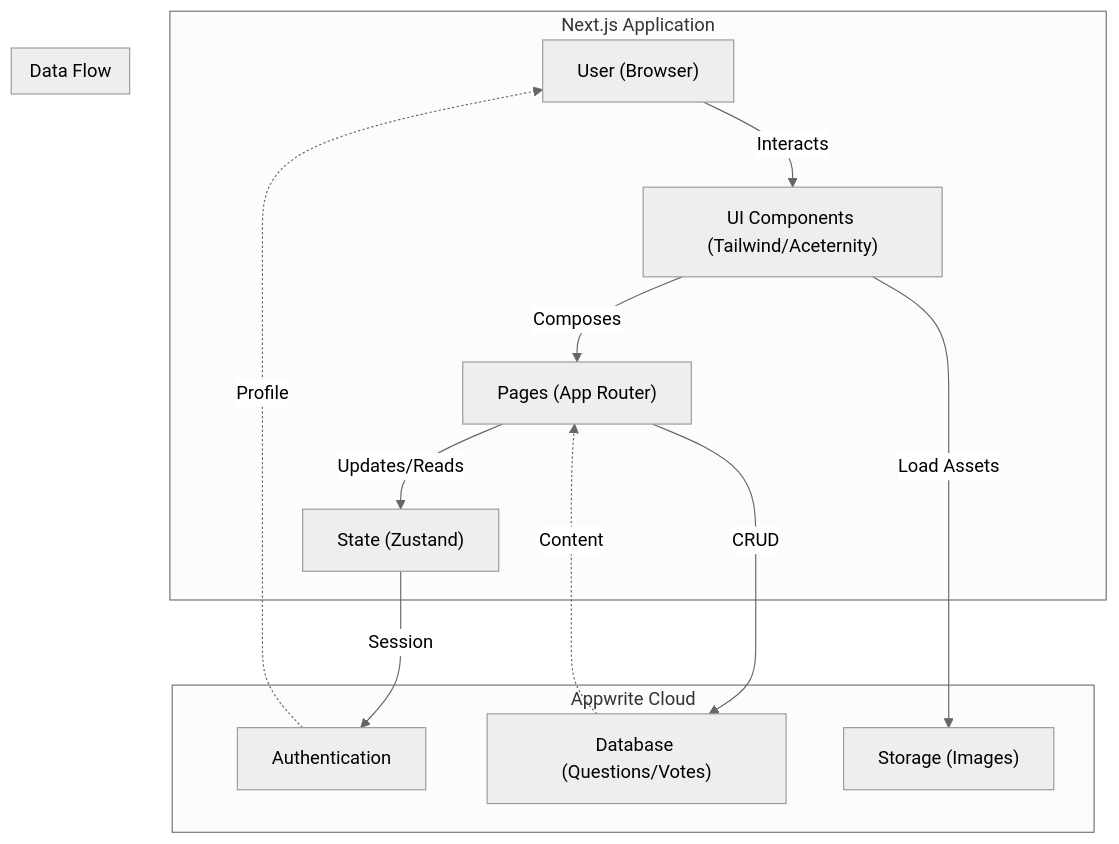
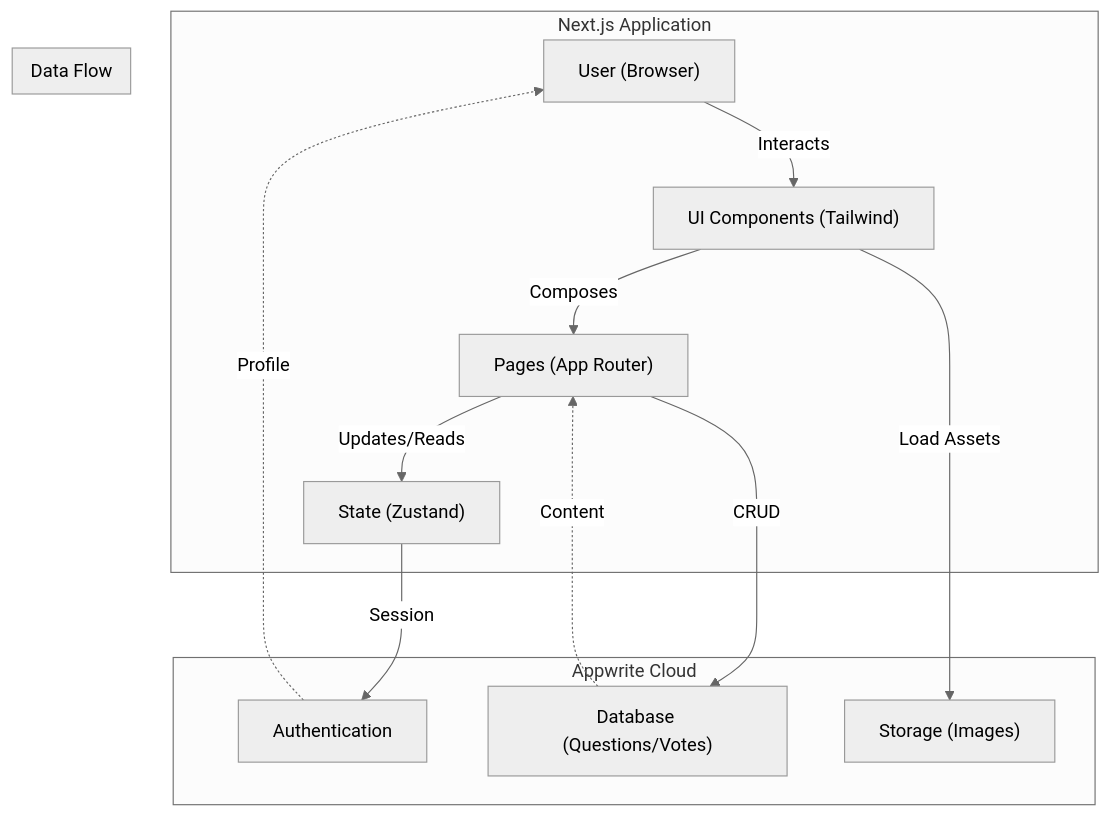
Before and after one commit to omsri8032/DevQuery: the diagram in README.md, drawn with Mermaid (neutral theme). The commit also changed other lines of this file, not shown here.

Commit message:
Docs: Remove Aceternity UI and Lucide React

````diff
--- a/README.md
+++ b/README.md
@@ -33,30 +32,30 @@
 ```mermaid
 graph TD
     User["User (Browser)"]
     
     subgraph Frontend["Next.js Application"]
-        UI["UI Components (Tailwind/Aceternity)"]
+        UI["UI Components (Tailwind)"]
         Pages["Pages (App Router)"]
         Store["State (Zustand)"]
         
         User -->|Interacts| UI
         UI -->|Composes| Pages
         Pages -->|Updates/Reads| Store
     end
     
     subgraph Backend["Appwrite Cloud"]
         Auth["Authentication"]
         DB["Database (Questions/Votes)"]
         Storage["Storage (Images)"]
         
         Store -->|Session| Auth
         Pages -->|CRUD| DB
         UI -->|Load Assets| Storage
     end
 
     subgraph DataFlow["Data Flow"]
         direction TB
         Auth -.->|Profile| User
         DB -.->|Content| Pages
     end
 ```
````
